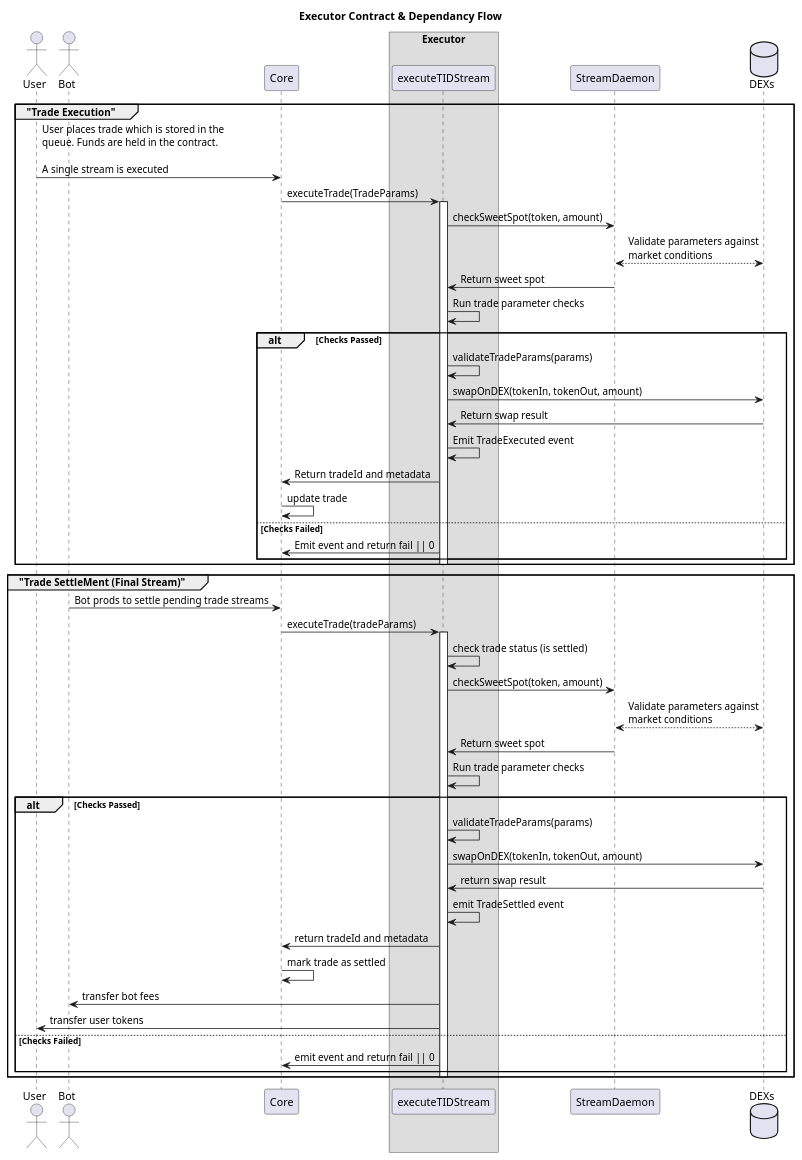
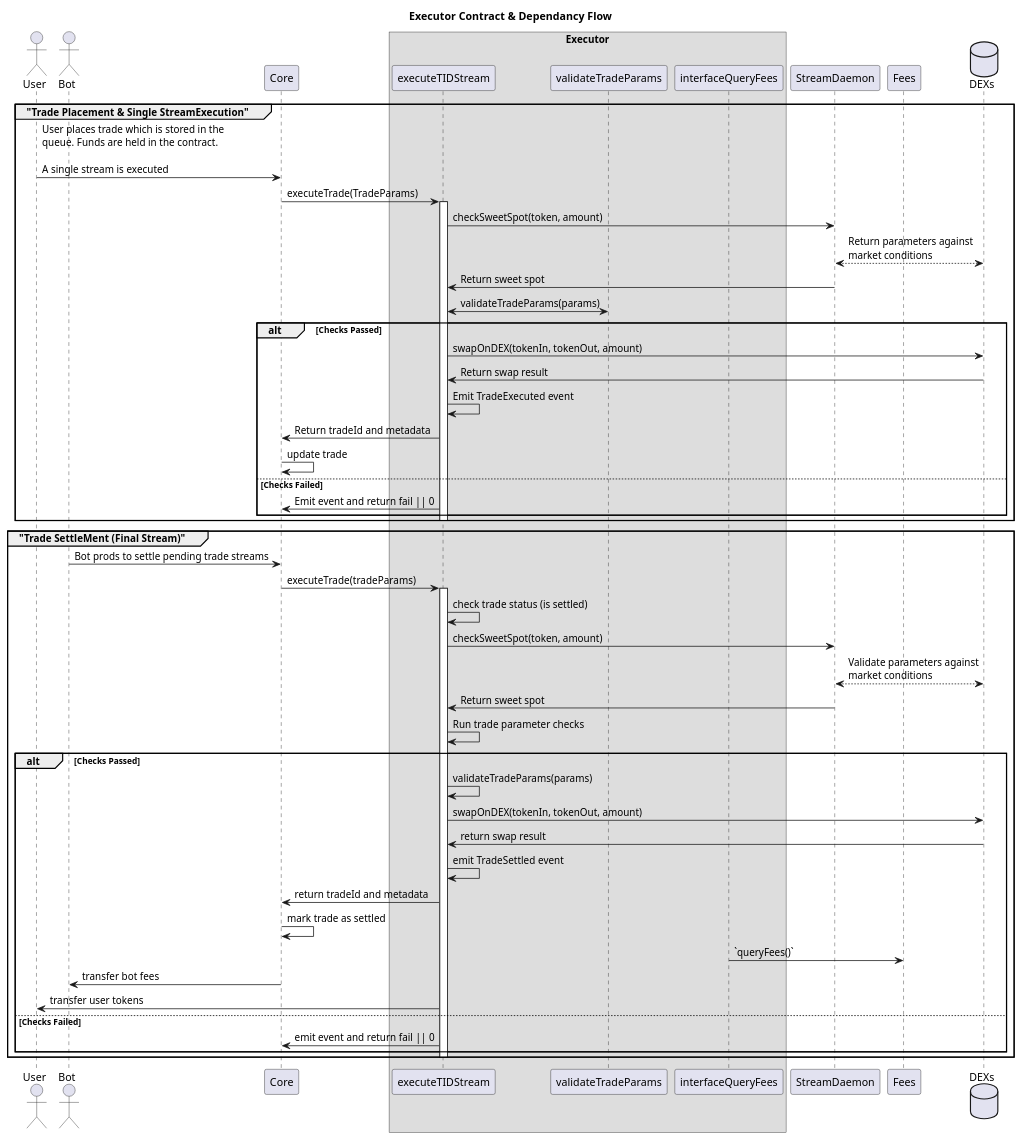
One commit to 1SLiquidity/core changed the diagram in diagrams/contracts/Executor.sol.puml. Above: the diagram before and after it, drawn with PlantUML. The commit also changed 1 other file, not shown here.

Commit message:
feat(arch): initial draft of fees and retrospective update to executor

```diff
--- a/diagrams/contracts/Executor.sol.puml
+++ b/diagrams/contracts/Executor.sol.puml
@@ -1,60 +1,63 @@
 @startuml Executor
 title Executor Contract & Dependancy Flow
 
 actor User as U
 actor "Bot" as B
 participant "Core" as C
 box Executor
 participant "executeTIDStream" as ETS 
+participant "validateTradeParams" as VTP
+participant interfaceQueryFees as IQF
 end box
 participant "StreamDaemon" as SD
+participant Fees as F
 database "DEXs" as DEX
 
-group "Trade Execution"
+group "Trade Placement & Single StreamExecution"
 U -> C: User places trade which is stored in the \nqueue. Funds are held in the contract.\n\nA single stream is executed
   C -> ETS: executeTrade(TradeParams)
   activate ETS
   ETS -> SD: checkSweetSpot(token, amount)
-  SD <--> DEX: Validate parameters against\nmarket conditions
+  SD <--> DEX: Return parameters against\nmarket conditions
   SD -> ETS: Return sweet spot
-  ETS -> ETS: Run trade parameter checks
+  ETS <-> VTP: validateTradeParams(params)
   
   alt Checks Passed
-    ETS -> ETS: validateTradeParams(params)
     ETS -> DEX: swapOnDEX(tokenIn, tokenOut, amount)
     DEX -> ETS: Return swap result
     ETS -> ETS: Emit TradeExecuted event
     ETS -> C: Return tradeId and metadata
     C -> C: update trade
   else Checks Failed
     ETS -> C: Emit event and return fail || 0
   end
   deactivate ETS
 end
 
 group "Trade SettleMent (Final Stream)"
   B -> C: Bot prods to settle pending trade streams
   C -> ETS: executeTrade(tradeParams)
   activate ETS
   ETS -> ETS: check trade status (is settled)
   ETS -> SD: checkSweetSpot(token, amount)
   SD <--> DEX: Validate parameters against\nmarket conditions
   SD -> ETS: Return sweet spot
   ETS -> ETS: Run trade parameter checks
   
   alt Checks Passed
     ETS -> ETS: validateTradeParams(params)
     ETS -> DEX: swapOnDEX(tokenIn, tokenOut, amount)
     DEX -> ETS: return swap result
     ETS -> ETS: emit TradeSettled event
     ETS -> C: return tradeId and metadata
     C -> C: mark trade as settled
-    ETS -> B: transfer bot fees
+    IQF -> F: `queryFees()` 
+    C -> B: transfer bot fees
     ETS -> U: transfer user tokens
   else Checks Failed
     ETS -> C: emit event and return fail || 0
   end
   deactivate ETS
 end
 
 @enduml
```
